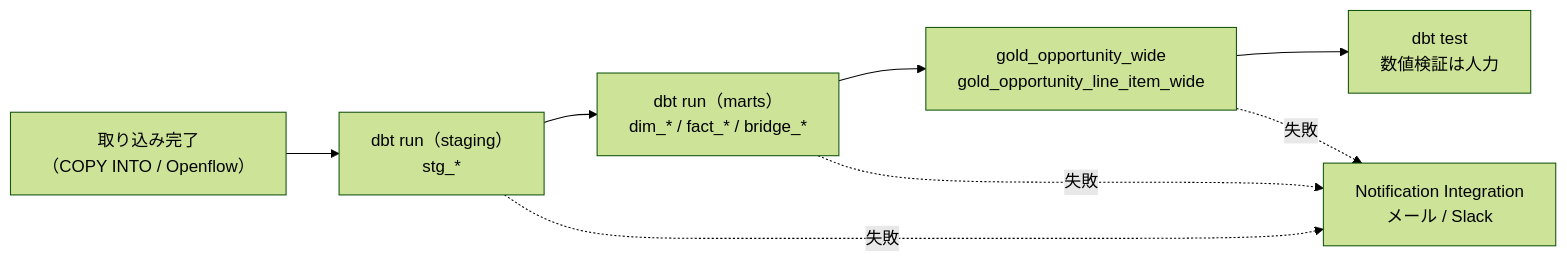
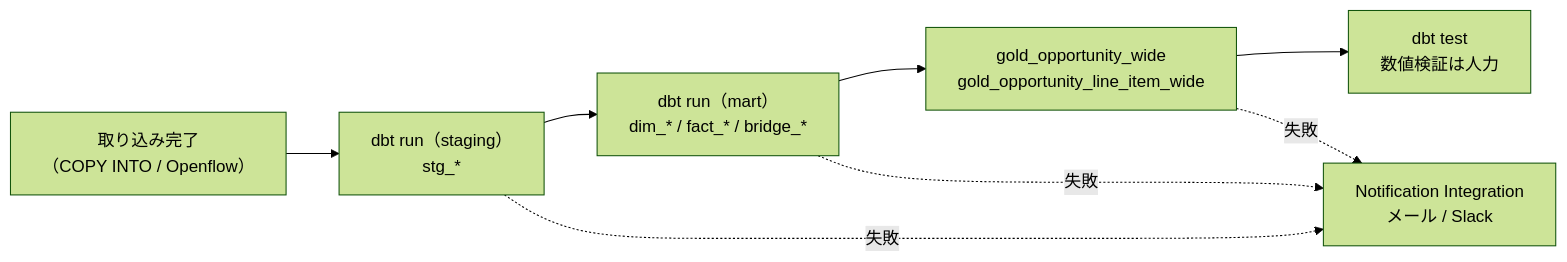
One commit to Rihito1024/fujitech_Snowflake_PoC changed the sixth of 7 diagrams in Snowflake/構成.md. Above: the diagram before and after it, drawn with Mermaid (forest theme). The commit also changed 17 other files, not shown here.

````diff
--- a/Snowflake/構成.md
+++ b/Snowflake/構成.md
@@ -197,10 +197,10 @@
 ```mermaid
 flowchart LR
     ROOT["取り込み完了<br/>（COPY INTO / Openflow）"] --> STG["dbt run（staging）<br/>stg_*"]
-    STG --> MART["dbt run（marts）<br/>dim_* / fact_* / bridge_*"]
+    STG --> MART["dbt run（mart）<br/>dim_* / fact_* / bridge_*"]
     MART --> GOLD["gold_opportunity_wide<br/>gold_opportunity_line_item_wide"]
     GOLD --> TEST["dbt test<br/>数値検証は人力"]
     STG -. "失敗" .-> NOTIFY["Notification Integration<br/>メール / Slack"]
     MART -. "失敗" .-> NOTIFY
     GOLD -. "失敗" .-> NOTIFY
 ```
````
